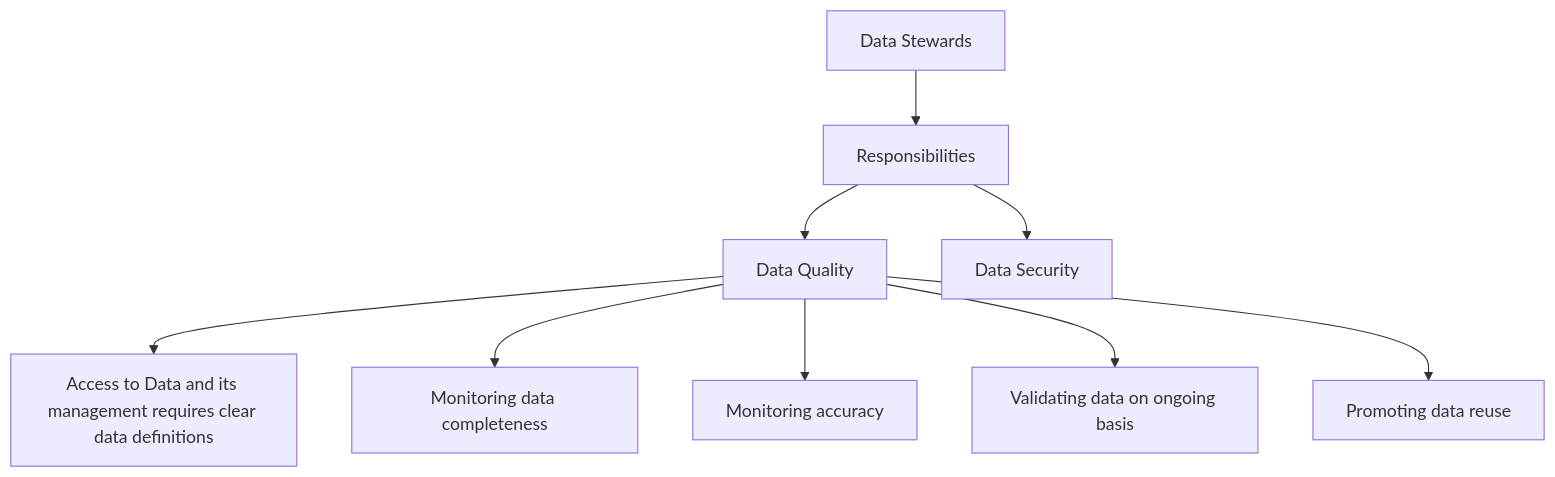
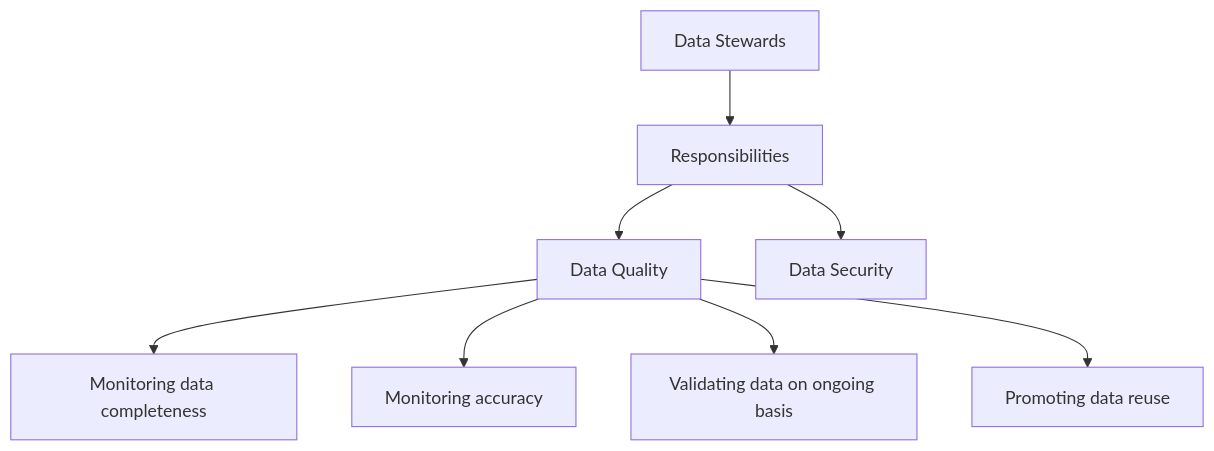
Before and after one commit to shyamsunderrai/DMC: the third of 3 diagrams in Governance/Governance.MD, drawn with Mermaid.

````diff
--- a/Governance/Governance.MD
+++ b/Governance/Governance.MD
@@ -45,12 +45,11 @@
 ```mermaid
 graph TD
     A[Data Stewards]
     A --> B[Responsibilities]
     B --> C[Data Quality]
     B --> D[Data Security]
-    C --> E[Access to Data and its management requires clear data definitions]
-    C --> F[Monitoring data completeness]
-    C --> G[Monitoring accuracy]
-    C --> H[Validating data on ongoing basis]
-    C --> I[Promoting data reuse]
+    C --> E[Monitoring data completeness]
+    C --> F[Monitoring accuracy]
+    C --> G[Validating data on ongoing basis]
+    C --> H[Promoting data reuse]
 ```
````
